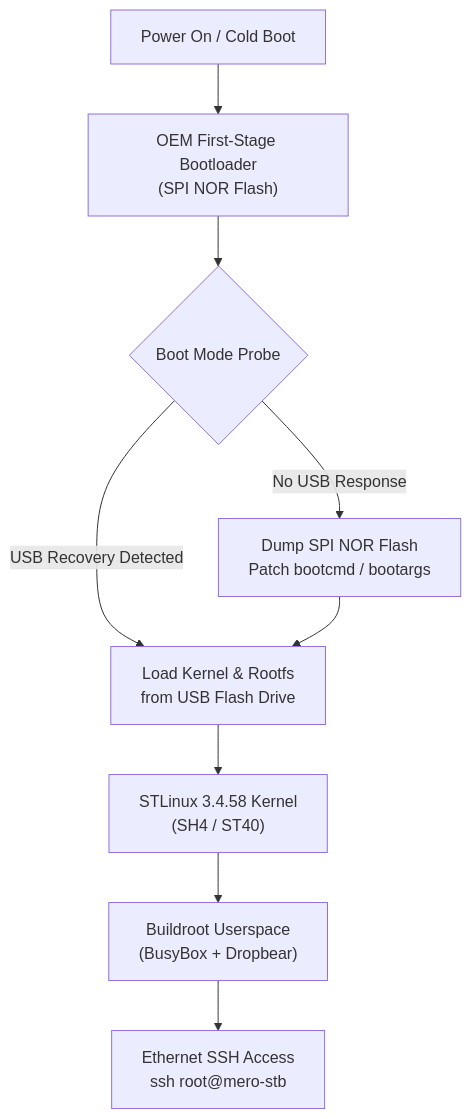
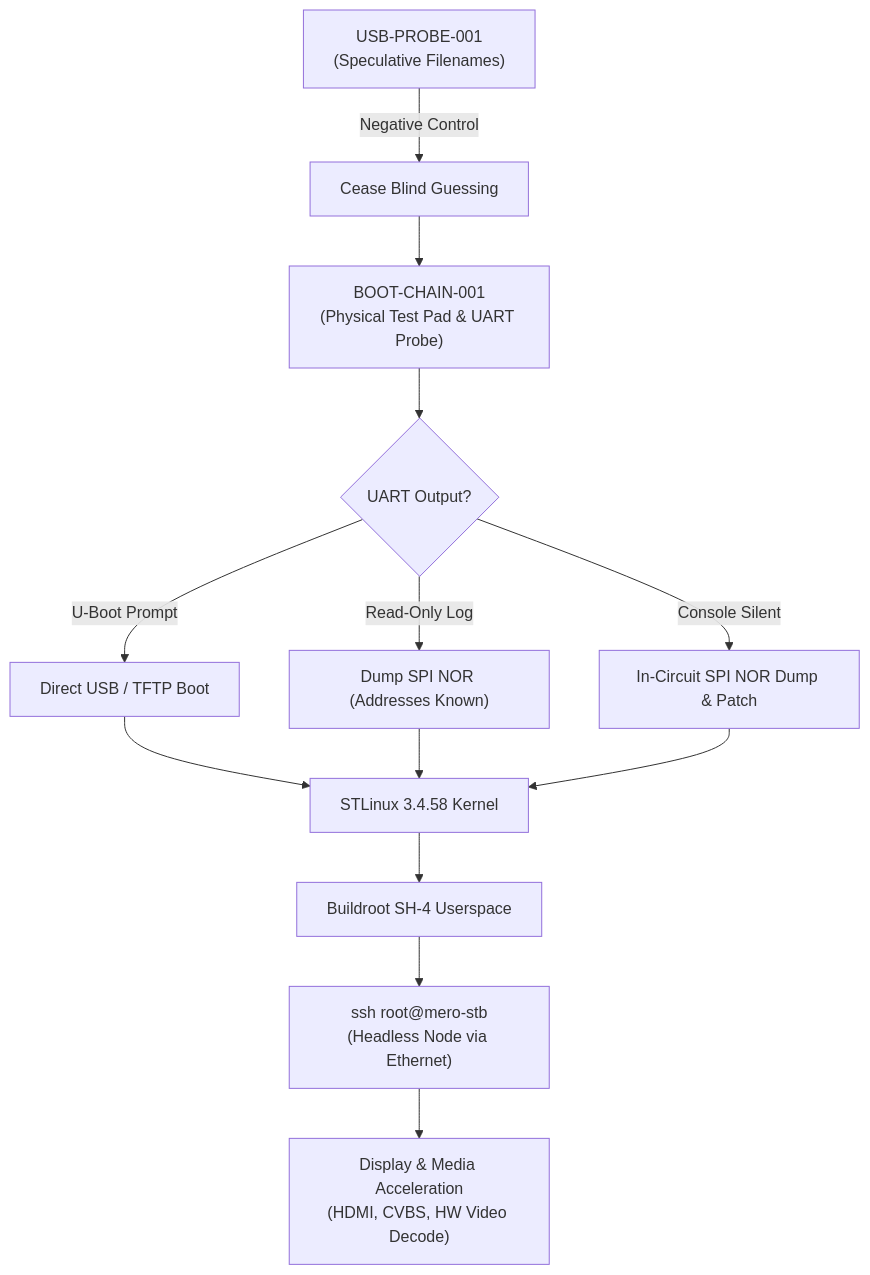
The diagram in README.md (zacmero/mero-stb-lab), drawn with Mermaid before and after one commit. The commit also changed other lines of this file and 15 other files, not shown here.

Commit message:
feat: structure project handoff, classify memory ICs, and define BOOT-CHAIN-001

````diff
--- a/README.md
+++ b/README.md
@@ -25,13 +30,18 @@
 ```mermaid
 flowchart TD
-    Power["Power On / Cold Boot"] --> OEMBoot["OEM First-Stage Bootloader<br/>(SPI NOR Flash)"]
-    OEMBoot --> ProbeDecision{"Boot Mode Probe"}
+    USBProbe["USB-PROBE-001<br/>(Speculative Filenames)"] -->|Negative Control| StopGuessing["Cease Blind Guessing"]
+    StopGuessing --> BootChain001["BOOT-CHAIN-001<br/>(Physical Test Pad & UART Probe)"]
     
-    ProbeDecision -- "USB Recovery Detected" --> USBLoad["Load Kernel & Rootfs<br/>from USB Flash Drive"]
-    ProbeDecision -- "No USB Response" --> FlashDump["Dump SPI NOR Flash<br/>Patch bootcmd / bootargs"]
-    FlashDump --> USBLoad
+    BootChain001 --> Eval{"UART Output?"}
+    Eval -- "U-Boot Prompt" --> DirectBoot["Direct USB / TFTP Boot"]
+    Eval -- "Read-Only Log" --> InformedDump["Dump SPI NOR (Addresses Known)"]
+    Eval -- "Console Silent" --> SPIDump["In-Circuit SPI NOR Dump & Patch"]
     
-    USBLoad --> Linux["STLinux 3.4.58 Kernel<br/>(SH4 / ST40)"]
-    Linux --> Buildroot["Buildroot Userspace<br/>(BusyBox + Dropbear)"]
-    Buildroot --> SSH["Ethernet SSH Access<br/>ssh root@mero-stb"]
+    DirectBoot --> Linux["STLinux 3.4.58 Kernel"]
+    InformedDump --> Linux
+    SPIDump --> Linux
+    
+    Linux --> Buildroot["Buildroot SH-4 Userspace"]
+    Buildroot --> SSHNode["ssh root@mero-stb<br/>(Headless Node via Ethernet)"]
+    SSHNode --> Multimedia["Display & Media Acceleration<br/>(HDMI, CVBS, HW Video Decode)"]
 ```
````
